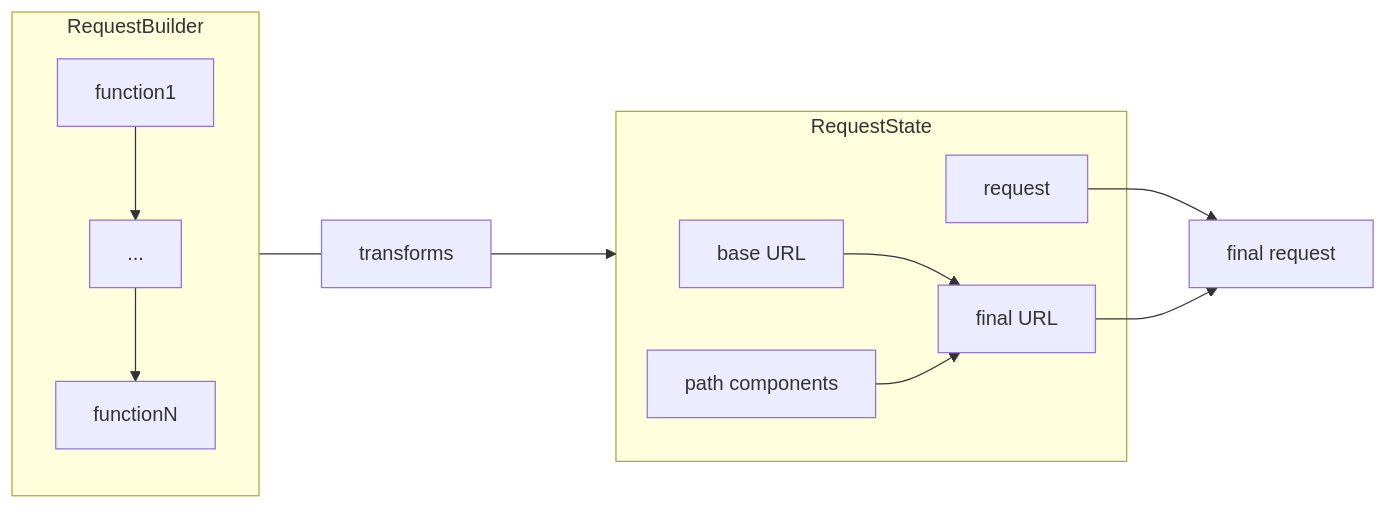
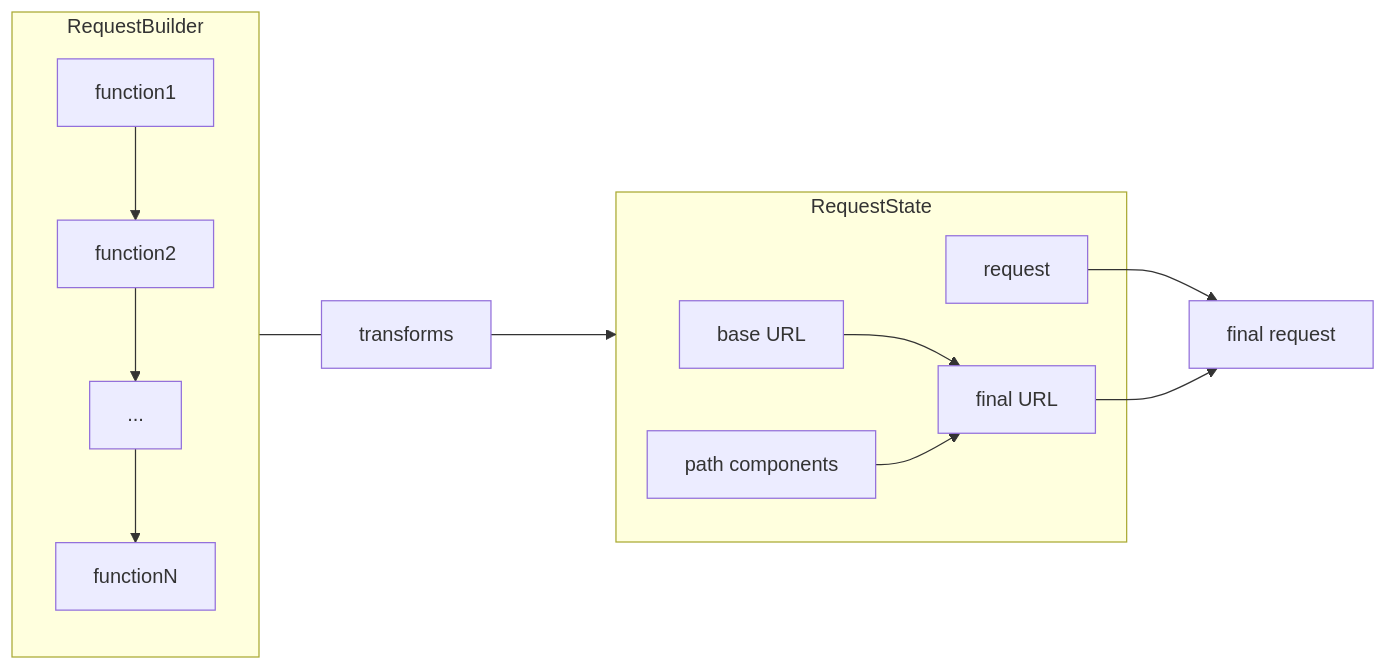
One commit to sisoje/declarative-requests-swift changed the diagram in README.md. Above: the diagram before and after it, drawn with Mermaid.

````diff
--- a/README.md
+++ b/README.md
@@ -6,21 +6,22 @@
 ```mermaid
 flowchart LR
 
     RequestBuilder --- transforms ---> RequestState
 
     subgraph RequestState
         baseUrl["base URL"]
         request
         path["path components"]
         baseUrl --> finalUrl["final URL"]
         path --> finalUrl
     end
  
     request --> FinalRequest["final request"]
     finalUrl --> FinalRequest
 
     subgraph RequestBuilder
-        function1 --> dots["..."]
+        function1 --> function2
+        function2 --> dots["..."]
         dots --> functionN
     end
 ```
````
